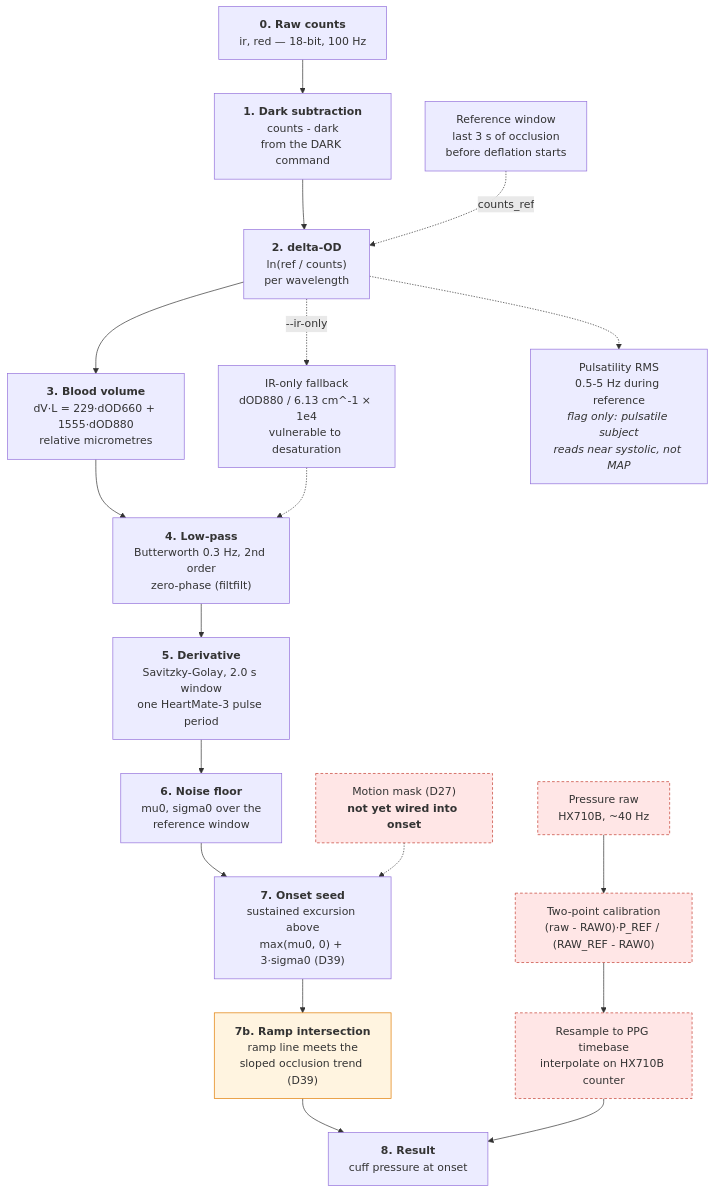
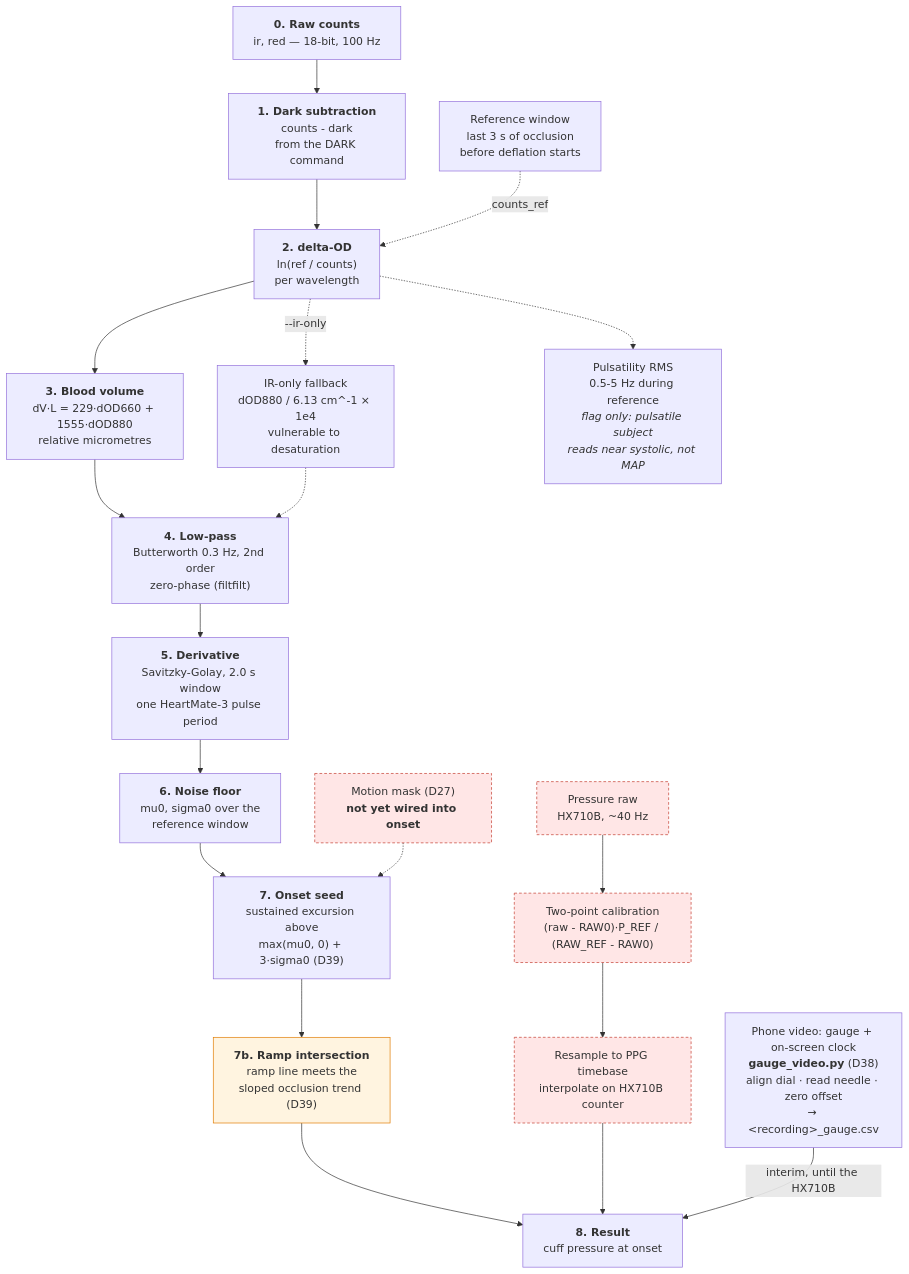
One commit to akkhilmorkonda/MAPQuest_PPG changed the third of 9 diagrams in docs/architecture.md. Above: the diagram before and after it, drawn with Mermaid. The commit also changed other lines of this file and 4 other files, not shown here.

First line of the commit message:
Add gauge_video.py: cuff pressure from a phone video of the gauge

````diff
--- a/docs/architecture.md
+++ b/docs/architecture.md
@@ -133,38 +133,41 @@
 ```mermaid
 flowchart TD
     RAW["<b>0. Raw counts</b><br/>ir, red — 18-bit, 100 Hz"]
     DARK["<b>1. Dark subtraction</b><br/>counts - dark<br/>from the DARK command"]
     REF["Reference window<br/>last 3 s of occlusion<br/>before deflation starts"]
     OD["<b>2. delta-OD</b><br/>ln(ref / counts)<br/>per wavelength"]
     DV["<b>3. Blood volume</b><br/>dV·L = 229·dOD660 + 1555·dOD880<br/>relative micrometres"]
     LP["<b>4. Low-pass</b><br/>Butterworth 0.3 Hz, 2nd order<br/>zero-phase (filtfilt)"]
     D1["<b>5. Derivative</b><br/>Savitzky-Golay, 2.0 s window<br/>one HeartMate-3 pulse period"]
     NOISE["<b>6. Noise floor</b><br/>mu0, sigma0 over the<br/>reference window"]
     ONSET["<b>7. Onset seed</b><br/>sustained excursion above<br/>max(mu0, 0) + 3·sigma0 (D39)"]
     REFINE["<b>7b. Ramp intersection</b><br/>ramp line meets the<br/>sloped occlusion trend (D39)"]
     MAP["<b>8. Result</b><br/>cuff pressure at onset"]
 
     RAW --> DARK --> OD --> DV --> LP --> D1
     REF -.->|"counts_ref"| OD
     D1 --> NOISE --> ONSET --> REFINE --> MAP
 
     MOTION["Motion mask (D27)<br/><b>not yet wired into onset</b>"]
     MOTION -.-> ONSET
 
     PRAW["Pressure raw<br/>HX710B, ~40 Hz"]
     PCAL["Two-point calibration<br/>(raw - RAW0)·P_REF / (RAW_REF - RAW0)"]
     PRES["Resample to PPG timebase<br/>interpolate on HX710B counter"]
     PRAW --> PCAL --> PRES --> MAP
 
+    VID["Phone video: gauge + on-screen clock<br/><b>gauge_video.py</b> (D38)<br/>align dial · read needle · zero offset<br/>→ &lt;recording&gt;_gauge.csv"]
+    VID -->|"interim, until the HX710B"| MAP
+
     IRONLY["IR-only fallback<br/>dOD880 / 6.13 cm^-1 × 1e4<br/>vulnerable to desaturation"]
     OD -.->|"--ir-only"| IRONLY
     IRONLY -.-> LP
 
     PULS["Pulsatility RMS<br/>0.5-5 Hz during reference<br/><i>flag only: pulsatile subject<br/>reads near systolic, not MAP</i>"]
     OD -.-> PULS
 
     classDef deviation fill:#fff4e0,stroke:#e07b00
     classDef missing fill:#ffe6e6,stroke:#c43b2f,stroke-dasharray:4 3
     class REFINE deviation
     class PRAW,PCAL,PRES,MOTION missing
 ```
````
